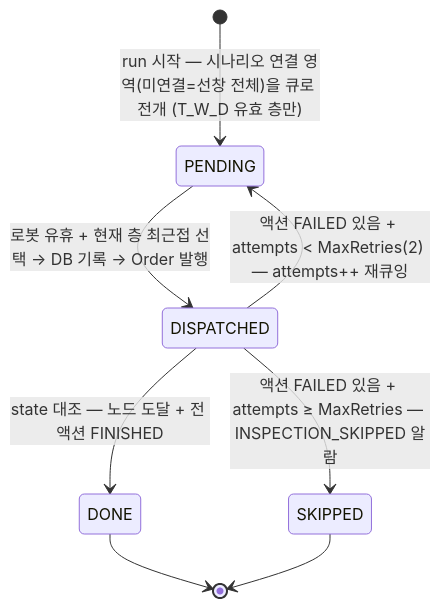
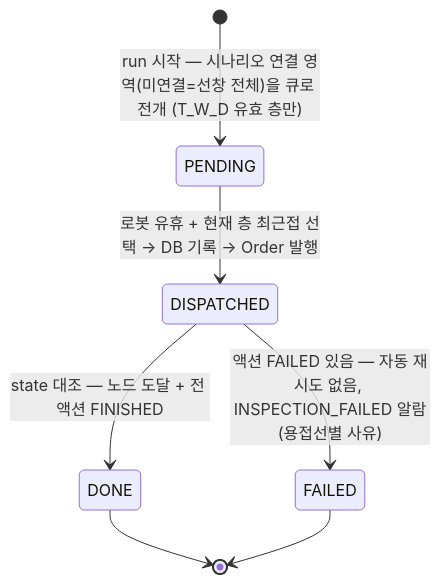
One commit to gony0811/HD_ACS changed the diagram in docs/INSPECTION_SCENARIO.md. Above: the diagram before and after it, drawn with Mermaid. The commit also changed other lines of this file and 16 other files, not shown here.

````diff
--- a/docs/INSPECTION_SCENARIO.md
+++ b/docs/INSPECTION_SCENARIO.md
@@ -47,10 +47,9 @@
 ```mermaid
 stateDiagram-v2
     [*] --> PENDING : run 시작 — 시나리오 연결 영역(미연결=선창 전체)을 큐로 전개 (T_W_D 유효 층만)
     PENDING --> DISPATCHED : 로봇 유휴 + 현재 층 최근접 선택 → DB 기록 → Order 발행
     DISPATCHED --> DONE : state 대조 — 노드 도달 + 전 액션 FINISHED
-    DISPATCHED --> PENDING : 액션 FAILED 있음 + attempts < MaxRetries(2) — attempts++ 재큐잉
-    DISPATCHED --> SKIPPED : 액션 FAILED 있음 + attempts ≥ MaxRetries — INSPECTION_SKIPPED 알람
+    DISPATCHED --> FAILED : 액션 FAILED 있음 — 자동 재시도 없음, INSPECTION_FAILED 알람(용접선별 사유)
     DONE --> [*]
-    SKIPPED --> [*]
+    FAILED --> [*]
 ```
````
